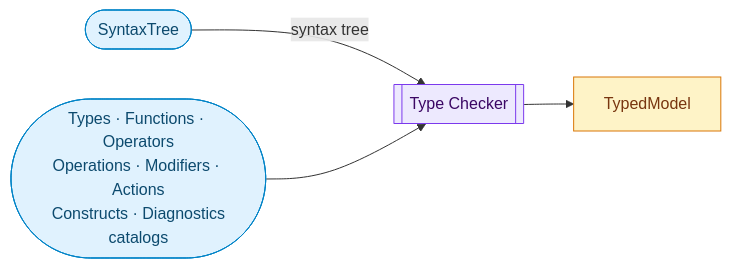
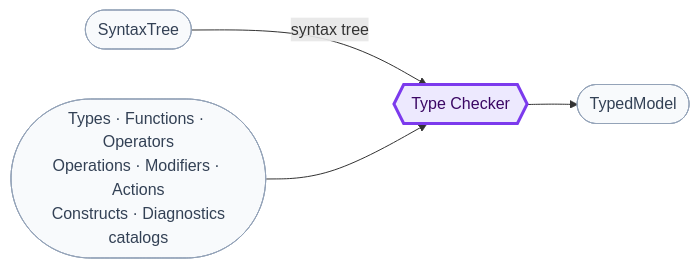
One commit to sfalik/Precept changed the fourth of 9 diagrams in docs/compiler-and-runtime-design.md. Above: the diagram before and after it, drawn with Mermaid. The commit also changed other lines of this file, not shown here.

Commit message:
docs: fix diagram shape consistency and visual hierarchy in §4–§11

````diff
--- a/docs/compiler-and-runtime-design.md
+++ b/docs/compiler-and-runtime-design.md
@@ -286,15 +284,14 @@
 ```mermaid
 flowchart LR
-    ST(["SyntaxTree"]):::input
-    CAT(["Types · Functions · Operators\nOperations · Modifiers · Actions\nConstructs · Diagnostics\ncatalogs"]):::input
-    TC[["Type Checker"]]:::stage
-    OUT["TypedModel"]:::artifact
+    classDef data fill:#f8fafc,stroke:#94a3b8,color:#334155
+    classDef stage fill:#ede9fe,stroke:#7c3aed,stroke-width:3px,color:#3b0764
+
+    ST(["SyntaxTree"]):::data
+    CAT(["Types · Functions · Operators\nOperations · Modifiers · Actions\nConstructs · Diagnostics\ncatalogs"]):::data
+    TC{{"Type Checker"}}:::stage
+    OUT(["TypedModel"]):::data
 
     ST -->|"syntax tree"| TC
     CAT --> TC
     TC --> OUT
-
-    classDef input fill:#e0f2fe,stroke:#0284c7,color:#0c4a6e
-    classDef stage fill:#ede9fe,stroke:#7c3aed,color:#3b0764
-    classDef artifact fill:#fef3c7,stroke:#d97706,color:#78350f
 ```
````
